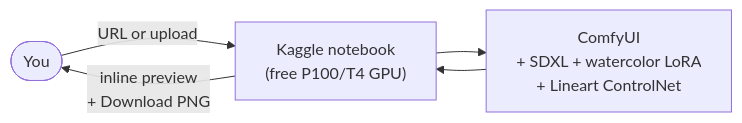
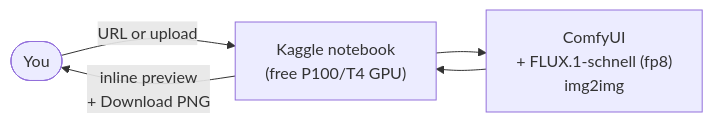
One commit to 8lianno/aquarender changed the diagram in README.md. Above: the diagram before and after it, drawn with Mermaid. The commit also changed other lines of this file and 2 other files, not shown here.

````diff
--- a/README.md
+++ b/README.md
@@ -36,7 +36,7 @@
 ```mermaid
 flowchart LR
     User([You]) -- "URL or upload" --> NB["Kaggle notebook<br/>(free P100/T4 GPU)"]
-    NB --> Comfy["ComfyUI<br/>+ SDXL + watercolor LoRA<br/>+ Lineart ControlNet"]
+    NB --> Comfy["ComfyUI<br/>+ FLUX.1-schnell (fp8)<br/>img2img"]
     Comfy --> NB
     NB -- "inline preview<br/>+ Download PNG" --> User
 ```
````
